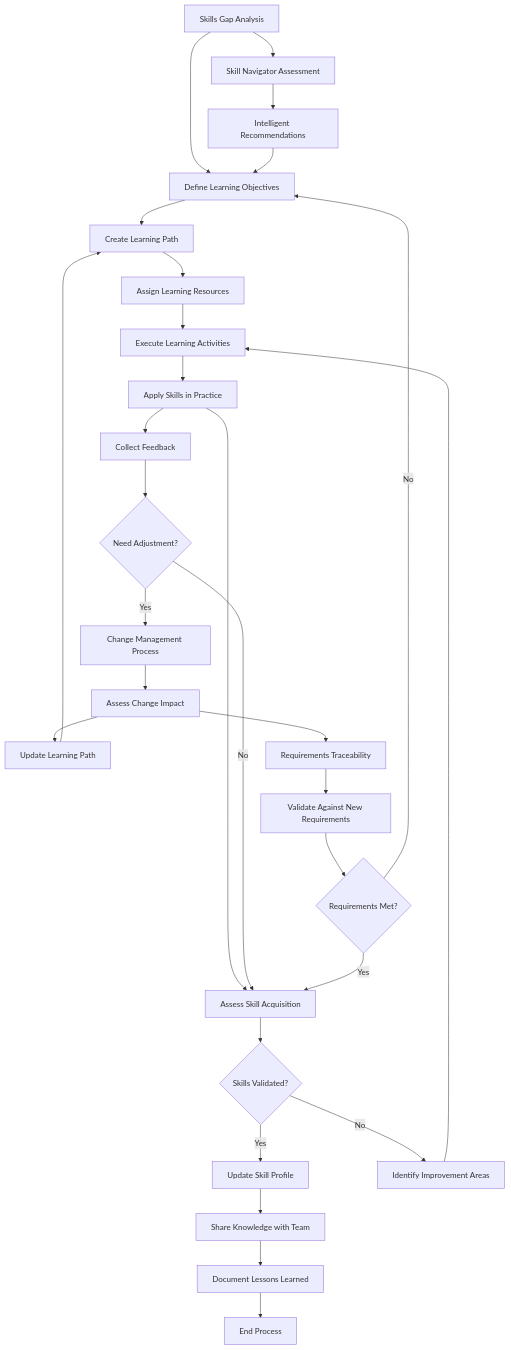
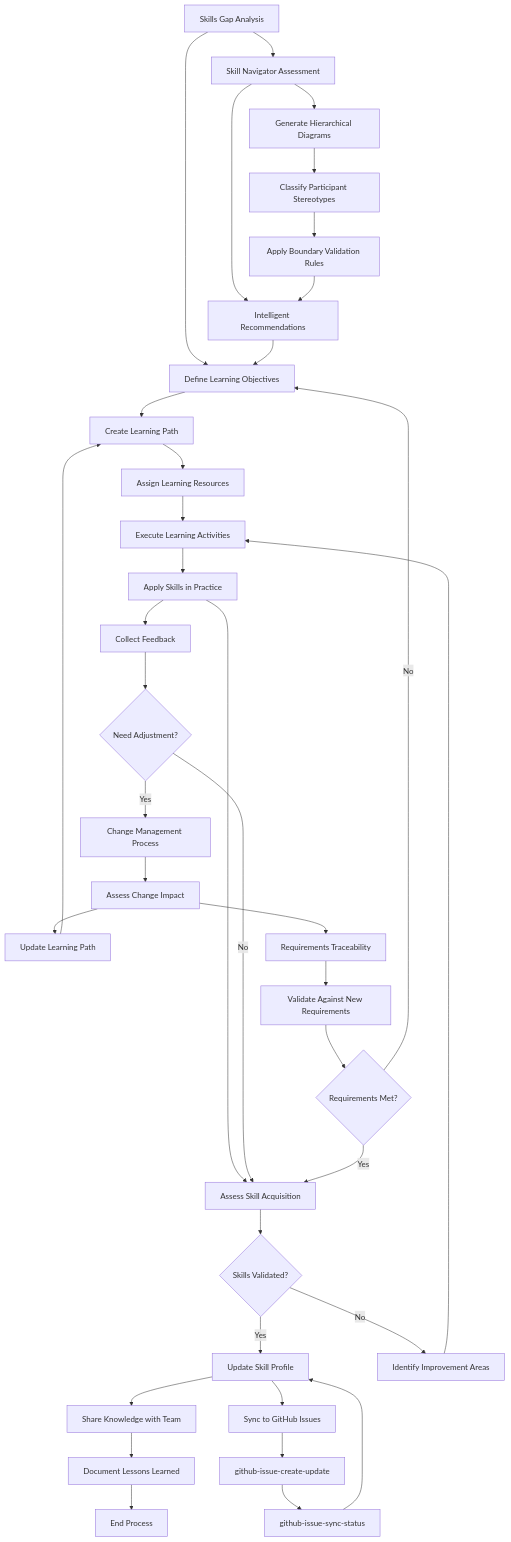
The diagram in OrgDocument/orgModel/01 - Skill Development Process/process.md (zhongadamwang/AI_Slowcooker), drawn with Mermaid before and after one commit. The commit also changed other lines of this file and 6 other files, not shown here.

````diff
--- a/OrgDocument/orgModel/01 - Skill Development Process/process.md
+++ b/OrgDocument/orgModel/01 - Skill Development Process/process.md
@@ -5,38 +5,50 @@
 ```mermaid
 flowchart TD
     A[Skills Gap Analysis] --> B[Define Learning Objectives]
     B --> C[Create Learning Path]
     C --> D[Assign Learning Resources]
     D --> E[Execute Learning Activities]
     E --> F[Apply Skills in Practice]
     F --> G[Assess Skill Acquisition]
     G --> H{Skills Validated?}
     H -->|Yes| I[Update Skill Profile]
     H -->|No| J[Identify Improvement Areas]
     J --> E
     I --> K[Share Knowledge with Team]
     K --> L[Document Lessons Learned]
     L --> M[End Process]
     
     %% Enhanced feedback loops
     F --> N[Collect Feedback]
     N --> O{Need Adjustment?}
     O -->|Yes| P[Change Management Process]
     O -->|No| G
     
     P --> Q[Assess Change Impact]
     Q --> R[Update Learning Path]
     R --> C
     
     %% Skill Navigator integration
     A --> S[Skill Navigator Assessment]
     S --> T[Intelligent Recommendations]
     T --> B
     
     %% Incremental requirements integration  
     Q --> U[Requirements Traceability]
     U --> V[Validate Against New Requirements]
     V --> W{Requirements Met?}
     W -->|Yes| G
     W -->|No| B
+
+    %% GitHub integration
+    I --> X[Sync to GitHub Issues]
+    X --> Y[github-issue-create-update]
+    Y --> Z[github-issue-sync-status]
+    Z --> I
+
+    %% Hierarchical diagram generation
+    S --> AA[Generate Hierarchical Diagrams]
+    AA --> AB[Classify Participant Stereotypes]
+    AB --> AC[Apply Boundary Validation Rules]
+    AC --> T
 ```
````
